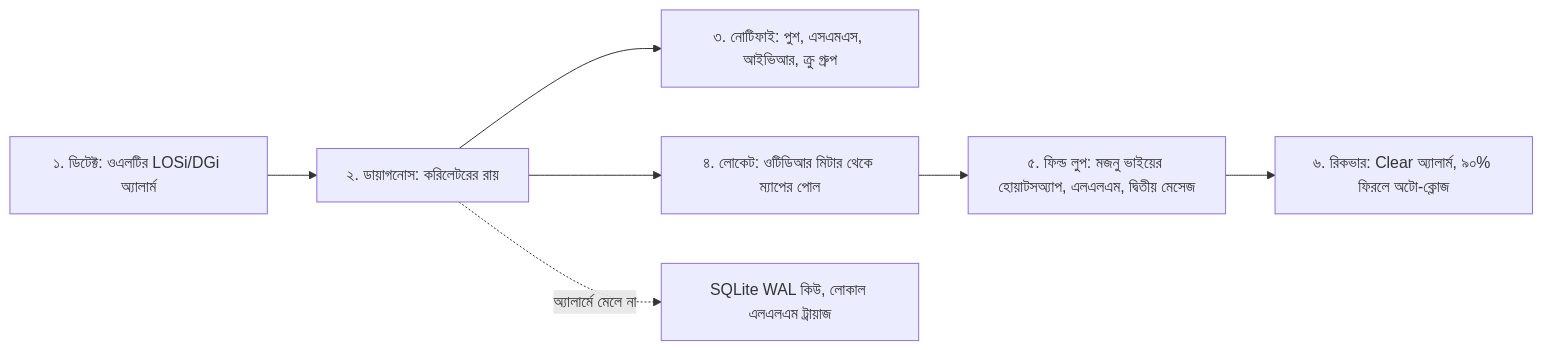
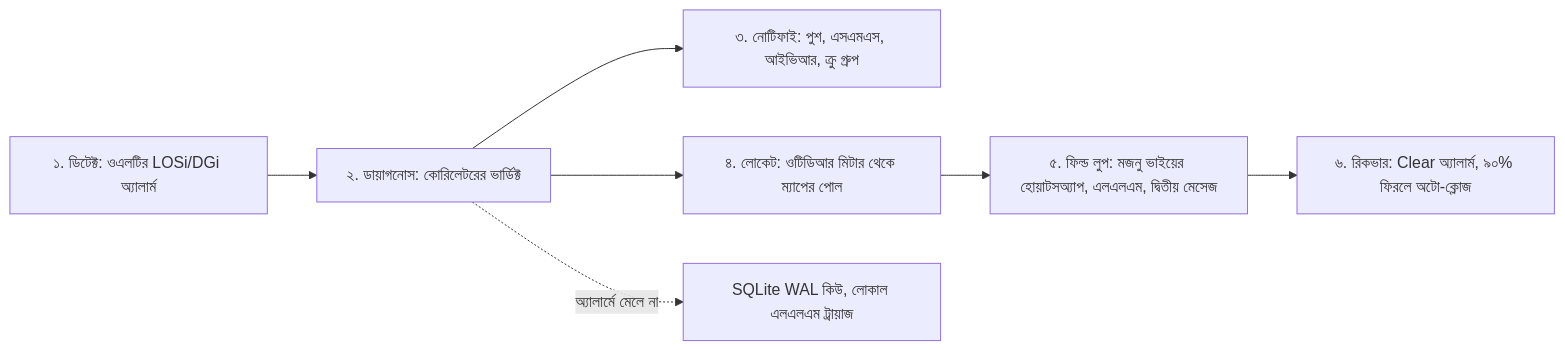
One commit to aiwithr/fde_book changed the first of 2 diagrams in docs/chapter-4/index.md. Above: the diagram before and after it, drawn with Mermaid. The commit also changed other lines of this file and 2 other files, not shown here.

````diff
--- a/docs/chapter-4/index.md
+++ b/docs/chapter-4/index.md
@@ -96,9 +111,9 @@
 ```mermaid
 flowchart LR
-    A["১. ডিটেক্ট: ওএলটির LOSi/DGi অ্যালার্ম"] --> B["২. ডায়াগনোস: করিলেটরের রায়"]
+    A["১. ডিটেক্ট: ওএলটির LOSi/DGi অ্যালার্ম"] --> B["২. ডায়াগনোস: কোরিলেটরের ভার্ডিক্ট"]
     B --> C["৩. নোটিফাই: পুশ, এসএমএস, আইভিআর, ক্রু গ্রুপ"]
     B --> D["৪. লোকেট: ওটিডিআর মিটার থেকে ম্যাপের পোল"]
     D --> E["৫. ফিল্ড লুপ: মজনু ভাইয়ের হোয়াটসঅ্যাপ, এলএলএম, দ্বিতীয় মেসেজ"]
     E --> F["৬. রিকভার: Clear অ্যালার্ম, ৯০% ফিরলে অটো-ক্লোজ"]
     B -. "অ্যালার্মে মেলে না" .-> G["SQLite WAL কিউ, লোকাল এলএলএম ট্রায়াজ"]
 ```
````
